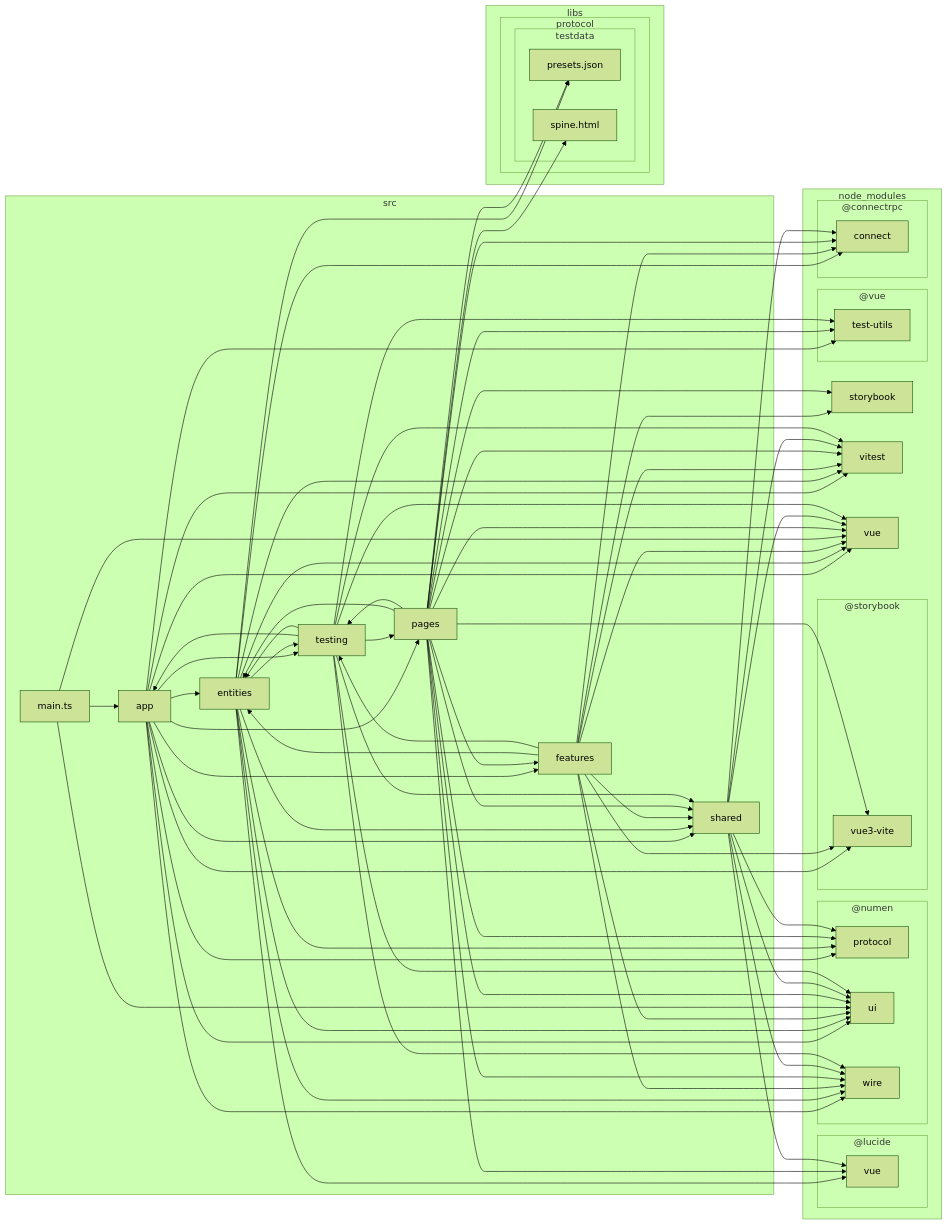
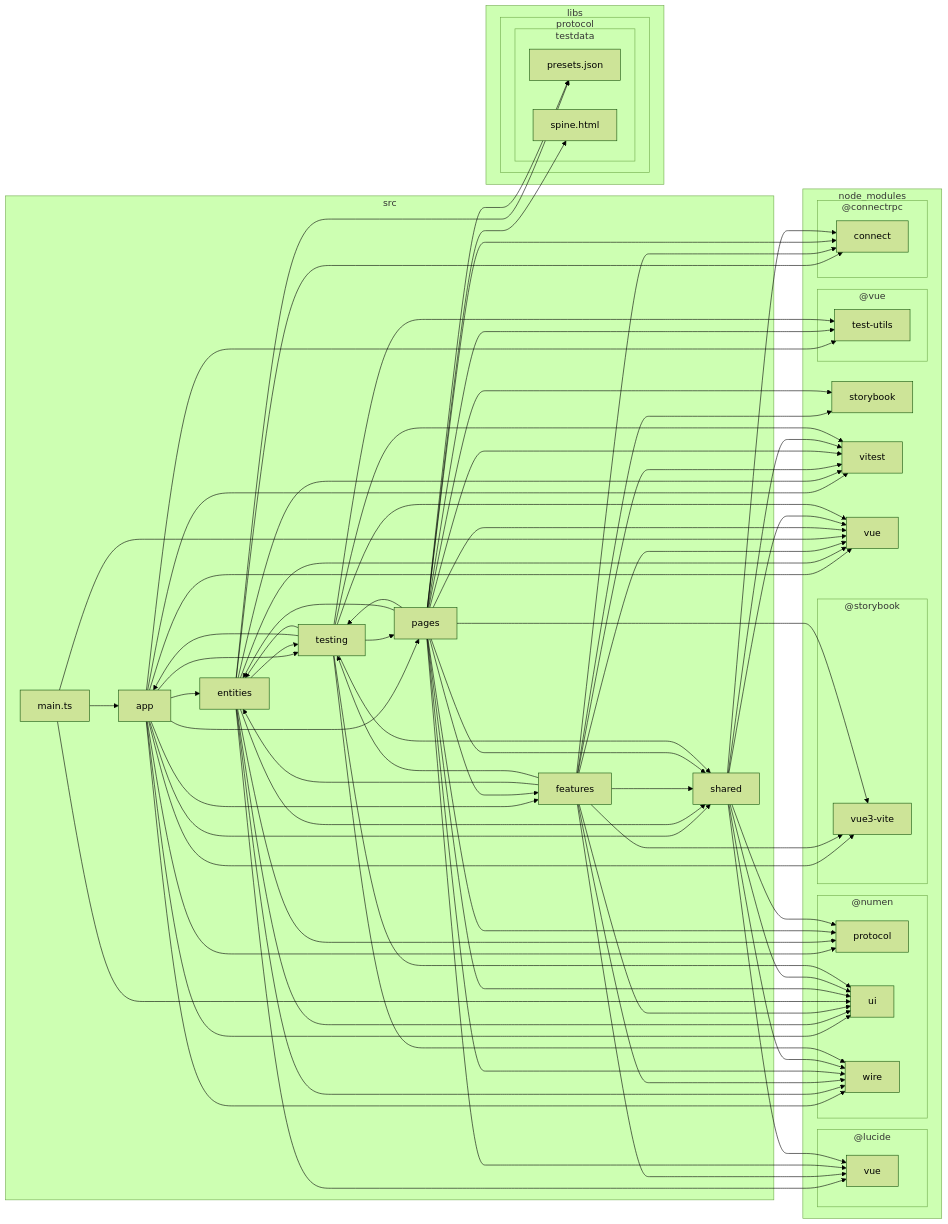
Before and after one commit to jiva-studio/numen: the third of 5 diagrams in docs/dependencies.md, drawn with Mermaid (forest theme).

```diff
--- a/docs/dependencies.md
+++ b/docs/dependencies.md
@@ -240,6 +240,7 @@
 Q-->U
 Q-->V
 R-->A
+R-->C
 R-->F
 R-->G
 R-->I
```
